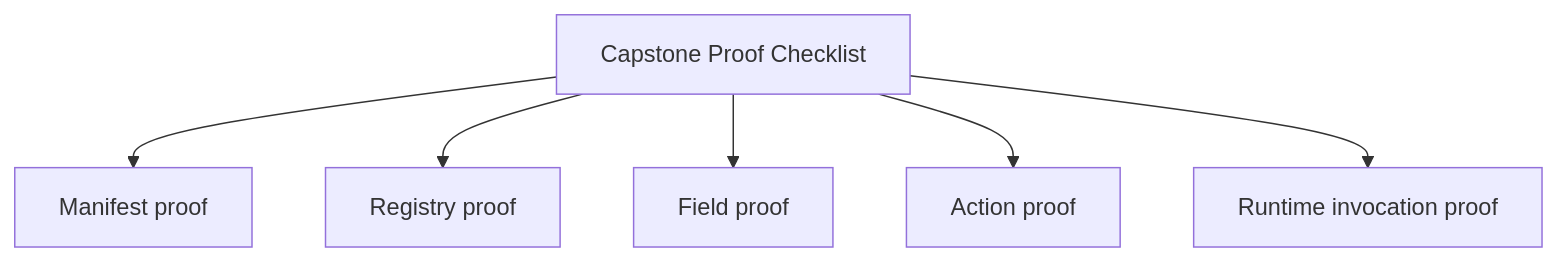
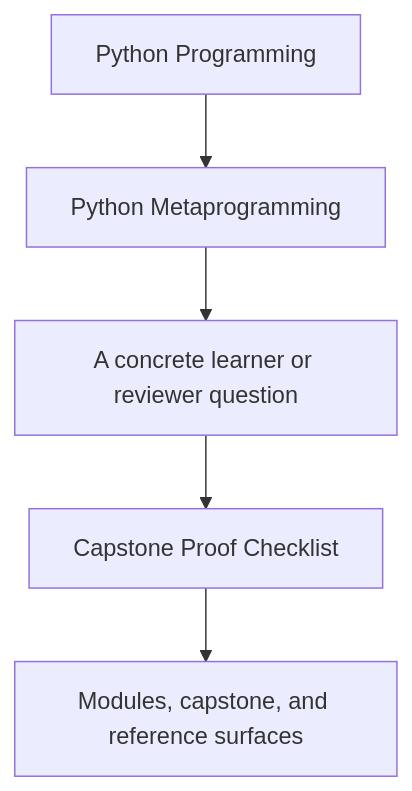
Before and after one commit to bijux/bijux-masterclass: the first of 2 diagrams in programs/python-programming/python-meta-programming/course-book/guides/capstone-proof-checklist.md, drawn with Mermaid. The commit also changed other lines of this file and 15 other files, not shown here.

Commit message:
docs(python-meta-programming): sharpen guide and reference diagrams

````diff
--- a/programs/python-programming/python-meta-programming/course-book/guides/capstone-proof-checklist.md
+++ b/programs/python-programming/python-meta-programming/course-book/guides/capstone-proof-checklist.md
@@ -6,15 +6,7 @@
 ```mermaid
-graph TD
-  proof["Capstone Proof Checklist"]
-  manifest["Manifest proof"]
-  registry["Registry proof"]
-  fields["Field proof"]
-  actions["Action proof"]
-  runtime["Runtime invocation proof"]
-
-  proof --> manifest
-  proof --> registry
-  proof --> fields
-  proof --> actions
-  proof --> runtime
+flowchart TD
+  family["Python Programming"] --> program["Python Metaprogramming"]
+  program --> pressure["A concrete learner or reviewer question"]
+  pressure --> guide["Capstone Proof Checklist"]
+  guide --> next["Modules, capstone, and reference surfaces"]
 ```
````
